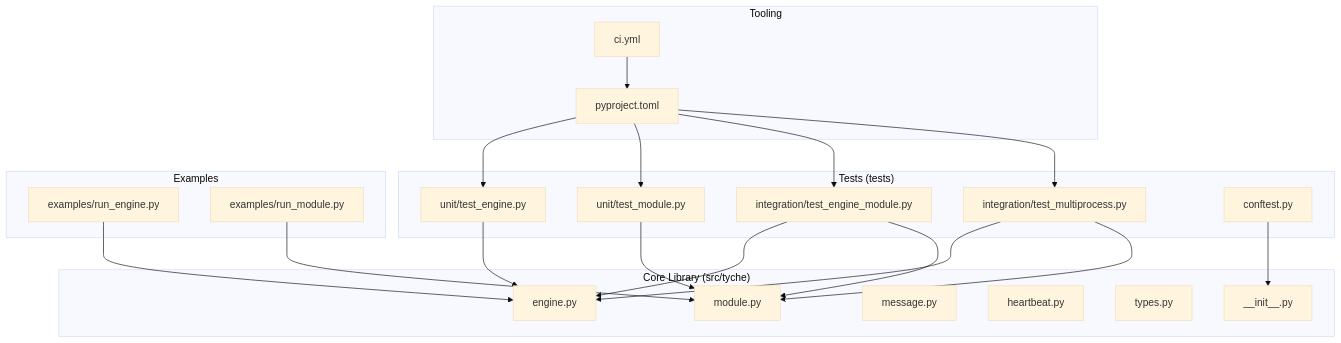
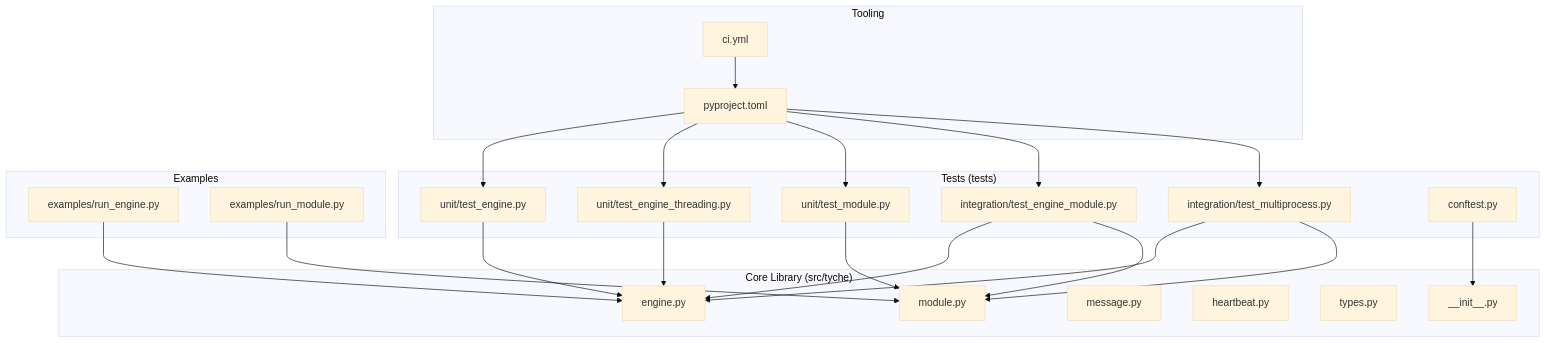
The first of 4 diagrams in .qoder/repowiki/en/content/Testing and Development.md (zt281/TycheEngine), drawn with Mermaid (base theme) before and after one commit. The commit also changed other lines of this file and 5 other files, not shown here.

````diff
--- a/.qoder/repowiki/en/content/Testing and Development.md
+++ b/.qoder/repowiki/en/content/Testing and Development.md
@@ -45,40 +53,43 @@
 ```mermaid
 graph TB
 subgraph "Core Library (src/tyche)"
 A["engine.py"]
 B["module.py"]
 C["message.py"]
 D["heartbeat.py"]
 E["types.py"]
 F["__init__.py"]
 end
 subgraph "Tests (tests)"
 U1["unit/test_engine.py"]
-U2["unit/test_module.py"]
+U2["unit/test_engine_threading.py"]
+U3["unit/test_module.py"]
 I1["integration/test_engine_module.py"]
 I2["integration/test_multiprocess.py"]
 CF["conftest.py"]
 end
 subgraph "Examples"
 X1["examples/run_engine.py"]
 X2["examples/run_module.py"]
 end
 subgraph "Tooling"
 P["pyproject.toml"]
 W["ci.yml"]
 end
 U1 --> A
-U2 --> B
+U2 --> A
+U3 --> B
 I1 --> A
 I1 --> B
 I2 --> A
 I2 --> B
 CF --> F
 X1 --> A
 X2 --> B
 P --> U1
 P --> U2
+P --> U3
 P --> I1
 P --> I2
 W --> P
 ```
````
